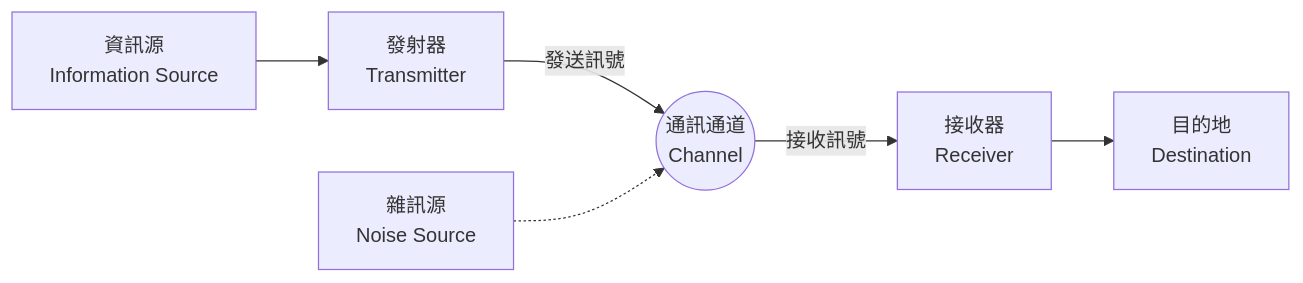
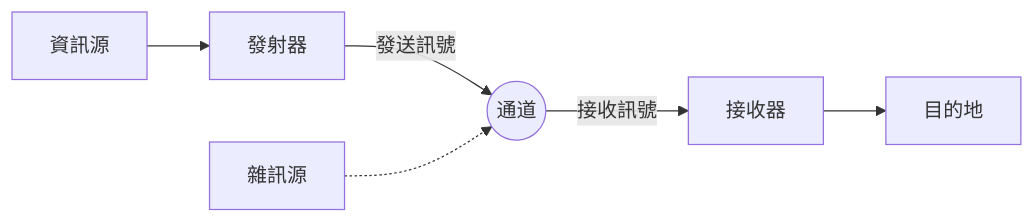
Before and after one commit to kenjinote/blog: the diagram in content/post/information-theory-shannon-entropy/index.zh-tw.md, drawn with Mermaid. The commit also changed other lines of this file and 10 other files, not shown here.

````diff
--- a/content/post/information-theory-shannon-entropy/index.zh-tw.md
+++ b/content/post/information-theory-shannon-entropy/index.zh-tw.md
@@ -28,8 +29,8 @@
 ```mermaid
 graph LR
-    A["資訊源<br>Information Source"] --> B["發射器<br>Transmitter"]
-    B -->|"發送訊號"| C(("通訊通道<br>Channel"))
-    C -->|"接收訊號"| D["接收器<br>Receiver"]
-    D --> E["目的地<br>Destination"]
-    N["雜訊源<br>Noise Source"] -.-> C
+    A["資訊源"] --> B["發射器"]
+    B -->|"發送訊號"| C(("通道"))
+    C -->|"接收訊號"| D["接收器"]
+    D --> E["目的地"]
+    N["雜訊源"] -.-> C
 ```
````
